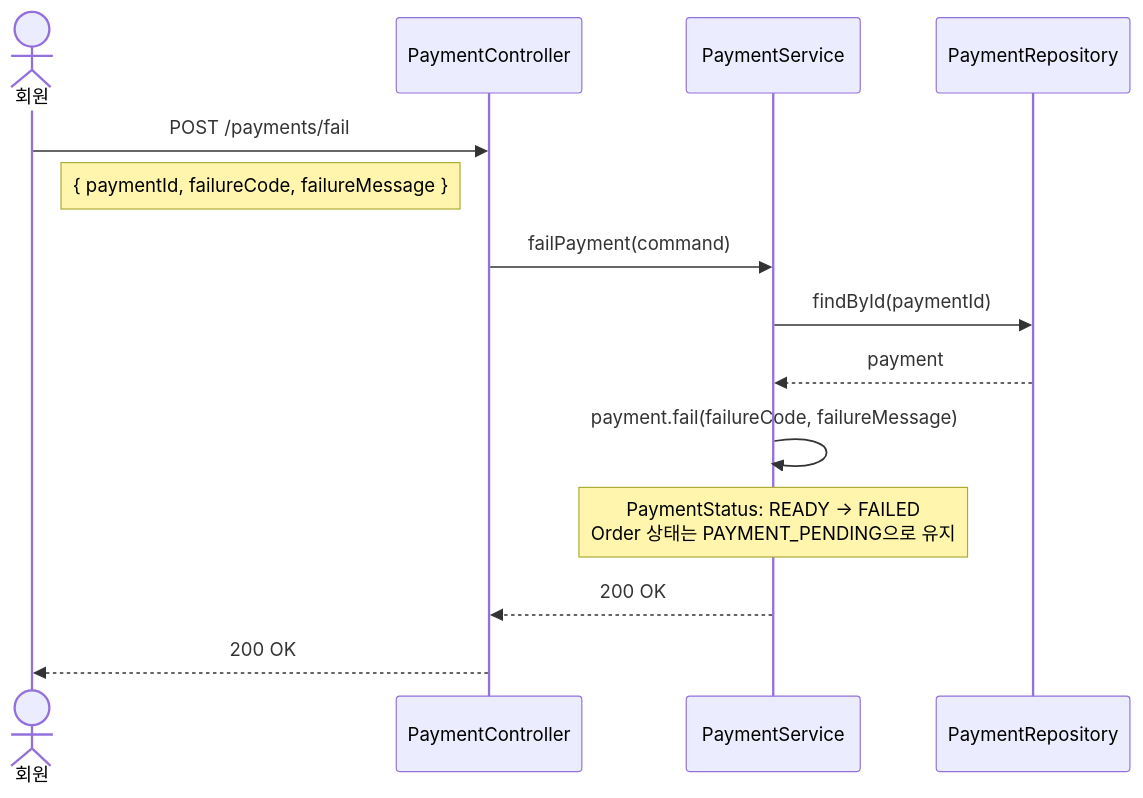
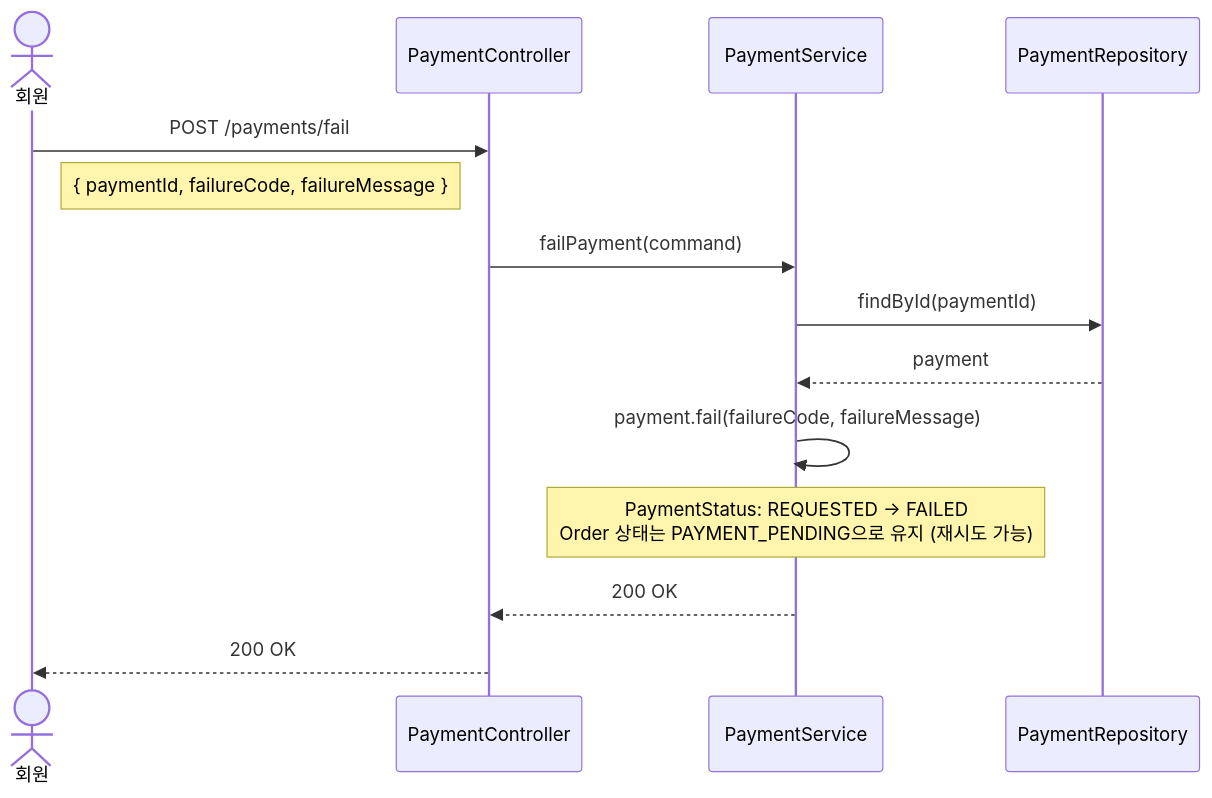
Before and after one commit to Hoya517/ai-commerce-platform: the eighth of 9 diagrams in docs/flow/order-payment-sequence.md, drawn with Mermaid. The commit also changed other lines of this file and 1 other file, not shown here.

First line of the commit message:
docs: update enum-states and order-payment-sequence to reflect current state

````diff
--- a/docs/flow/order-payment-sequence.md
+++ b/docs/flow/order-payment-sequence.md
@@ -246,20 +246,20 @@
 ```mermaid
 sequenceDiagram
     actor 회원
     participant PaymentController
     participant PaymentService
     participant PaymentRepository
 
     회원->>PaymentController: POST /payments/fail
     Note right of 회원: { paymentId, failureCode, failureMessage }
 
     PaymentController->>PaymentService: failPayment(command)
     PaymentService->>PaymentRepository: findById(paymentId)
     PaymentRepository-->>PaymentService: payment
 
     PaymentService->>PaymentService: payment.fail(failureCode, failureMessage)
-    Note over PaymentService: PaymentStatus: READY → FAILED<br/>Order 상태는 PAYMENT_PENDING으로 유지
+    Note over PaymentService: PaymentStatus: REQUESTED → FAILED<br/>Order 상태는 PAYMENT_PENDING으로 유지 (재시도 가능)
 
     PaymentService-->>PaymentController: 200 OK
     PaymentController-->>회원: 200 OK
 ```
````
